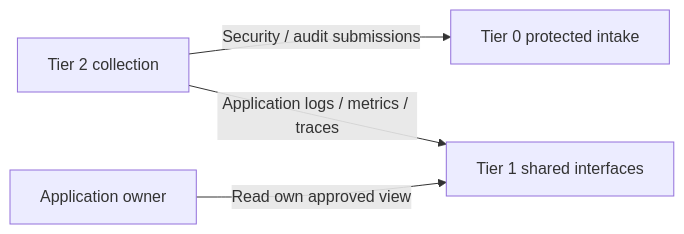
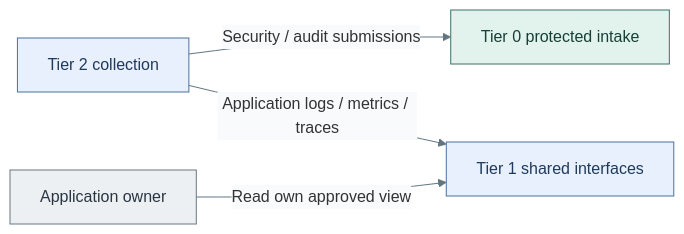
One commit to Rexus/homelab changed the second of 3 diagrams in docs/deployment/stage-6-workloads/telemetry.md. Above: the diagram before and after it, drawn with Mermaid. The commit also changed other lines of this file and 49 other files, not shown here.

Commit message:
docs(diagrams): clarify tier layouts and visual styles

````diff
--- a/docs/deployment/stage-6-workloads/telemetry.md
+++ b/docs/deployment/stage-6-workloads/telemetry.md
@@ -34,6 +40,14 @@
 ```mermaid
+%%{init: {"theme":"base","themeVariables":{"lineColor":"#627581","edgeLabelBackground":"#f8fafc"}}}%%
 flowchart LR
   Collect["Tier 2 collection"] -->|Security / audit submissions| Evidence["Tier 0 protected intake"]
   Collect -->|Application logs / metrics / traces| Analytics["Tier 1 shared interfaces"]
   Owner["Application owner"] -->|Read own approved view| Analytics
+  classDef default fill:#f8fafc,stroke:#64748b,color:#1f2937
+  classDef services fill:#e7f0fc,stroke:#4d719b,color:#203a5b
+  classDef control fill:#e2f3ed,stroke:#397366,color:#173f36
+  classDef actor fill:#edf0f3,stroke:#697682,color:#293642
+  class Collect,Analytics services
+  class Evidence control
+  class Owner actor
 ```
````
